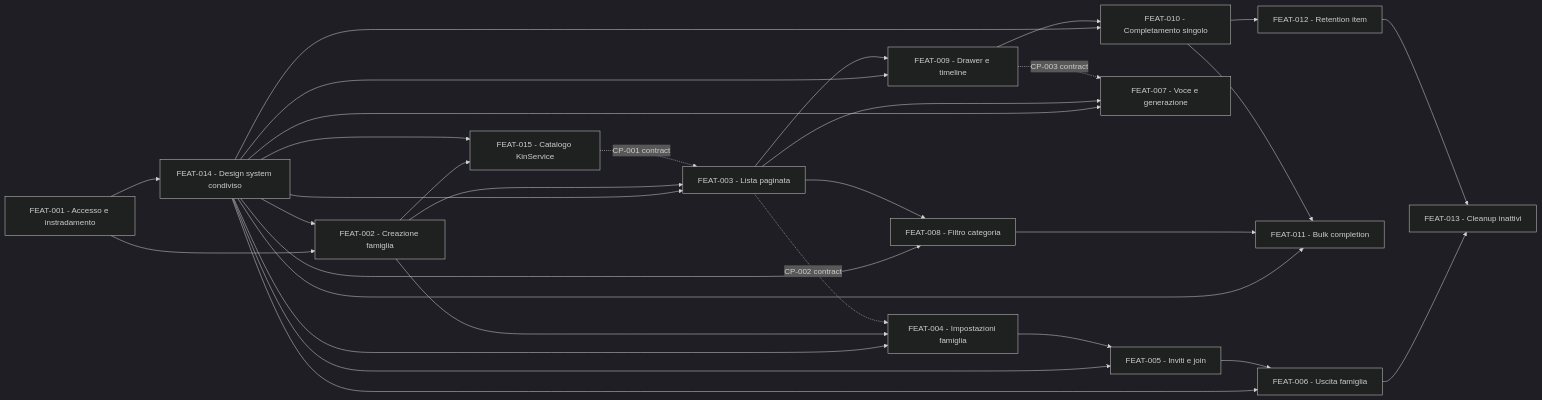
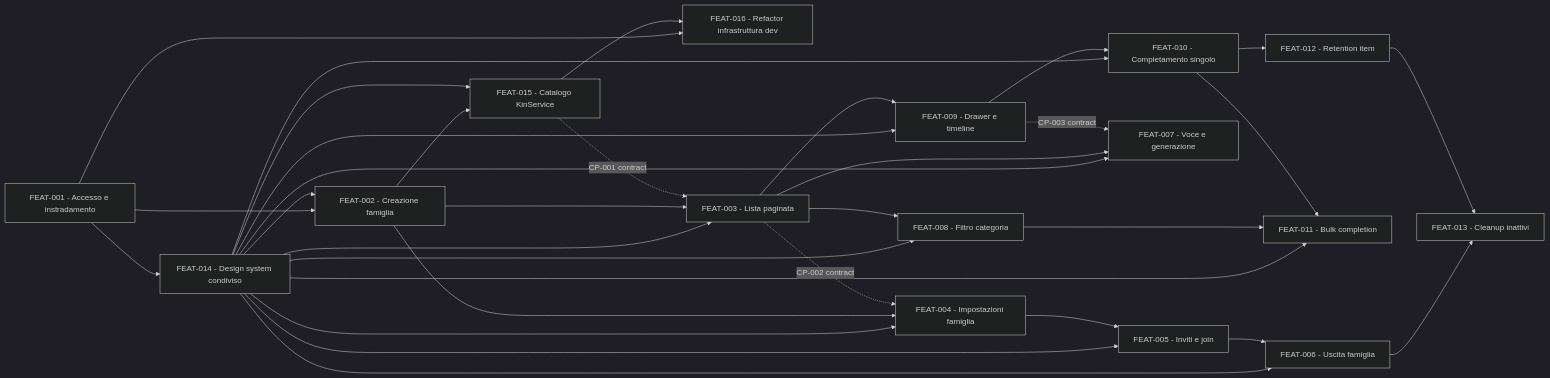
The diagram in docs/backlog/README.md (martinabruni/DA.KinHub), drawn with Mermaid (dark theme) before and after one commit. The commit also changed other lines of this file and 48 other files, not shown here.

````diff
--- a/docs/backlog/README.md
+++ b/docs/backlog/README.md
@@ -139,33 +144,35 @@
 ```mermaid
 flowchart LR
     F001["FEAT-001 - Accesso e instradamento"] --> F014["FEAT-014 - Design system condiviso"]
     F001 --> F002["FEAT-002 - Creazione famiglia"]
     F014 --> F002
     F002 --> F015["FEAT-015 - Catalogo KinService"]
+    F001 --> F016["FEAT-016 - Refactor infrastruttura dev"]
+    F015 --> F016
     F014 --> F015
     F014 --> F003["FEAT-003 - Lista paginata"]
     F014 --> F004["FEAT-004 - Impostazioni famiglia"]
     F014 --> F005["FEAT-005 - Inviti e join"]
     F014 --> F006["FEAT-006 - Uscita famiglia"]
     F014 --> F007["FEAT-007 - Voce e generazione"]
     F014 --> F008["FEAT-008 - Filtro categoria"]
     F014 --> F009["FEAT-009 - Drawer e timeline"]
     F014 --> F010["FEAT-010 - Completamento singolo"]
     F014 --> F011["FEAT-011 - Bulk completion"]
     F002 --> F003["FEAT-003 - Lista paginata"]
     F002 --> F004["FEAT-004 - Impostazioni famiglia"]
     F004 --> F005["FEAT-005 - Inviti e join"]
     F005 --> F006["FEAT-006 - Uscita famiglia"]
     F003 --> F007["FEAT-007 - Voce e generazione"]
     F003 --> F008["FEAT-008 - Filtro categoria"]
     F003 --> F009["FEAT-009 - Drawer e timeline"]
     F009 --> F010["FEAT-010 - Completamento singolo"]
     F008 --> F011["FEAT-011 - Bulk completion"]
     F010 --> F011
     F010 --> F012["FEAT-012 - Retention item"]
     F006 --> F013["FEAT-013 - Cleanup inattivi"]
     F012 --> F013
     F015 -. "CP-001 contract" .-> F003
     F003 -. "CP-002 contract" .-> F004
     F009 -. "CP-003 contract" .-> F007
 ```
````
